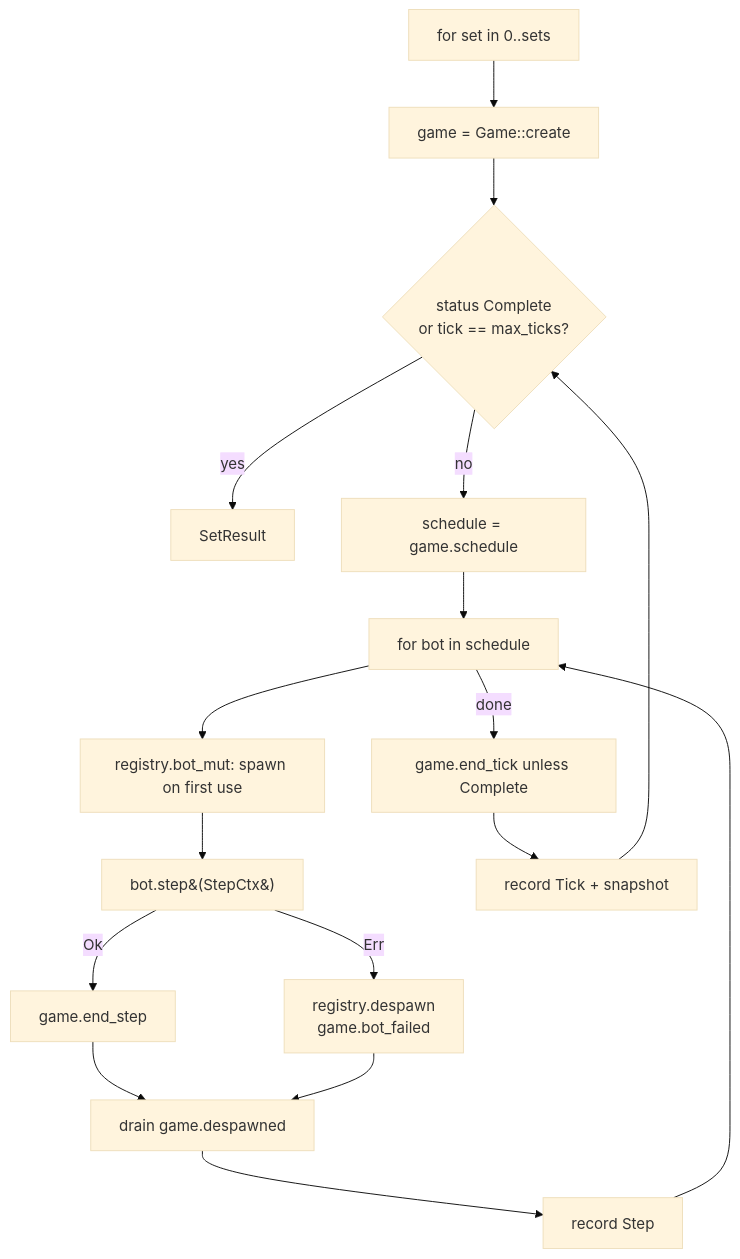
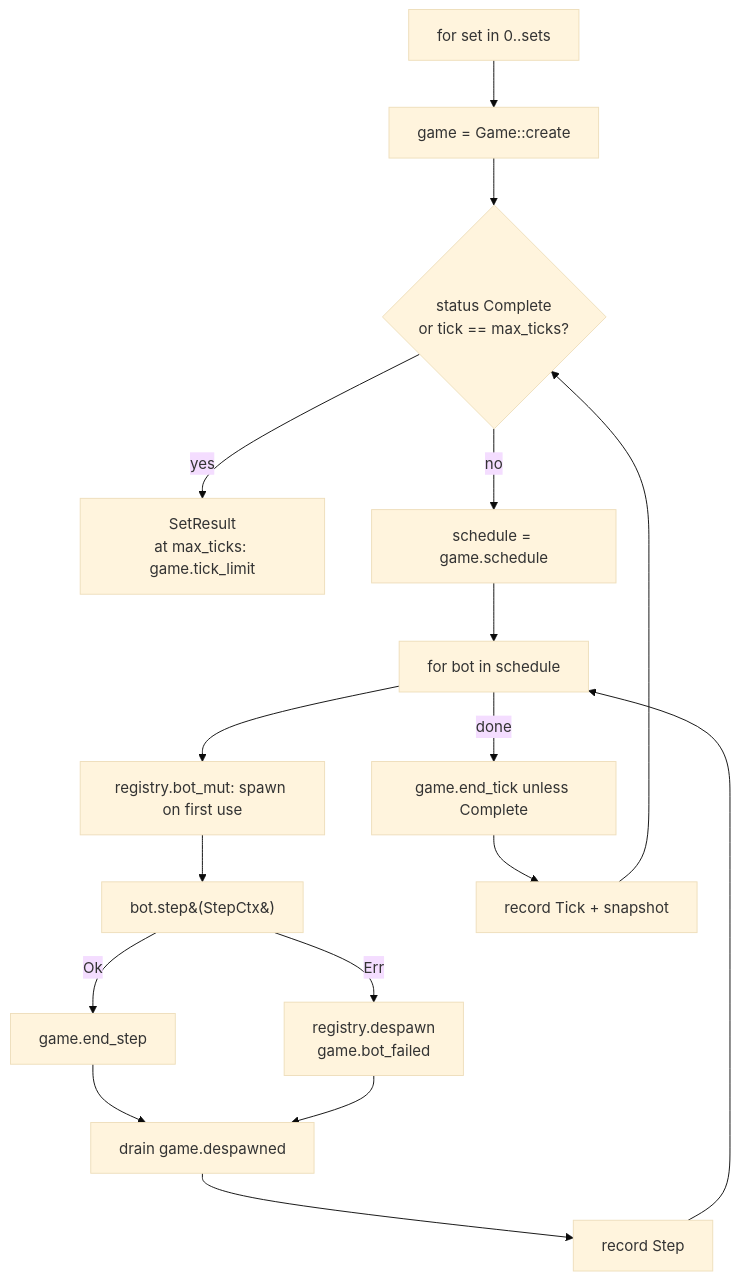
Before and after one commit to aheschl1/ucalgarybc2027: the second of 4 diagrams in docs/engine.md, drawn with Mermaid (base theme). The commit also changed other lines of this file and 4 other files, not shown here.

Commit message:
the game decides what happens on tick limit

````diff
--- a/docs/engine.md
+++ b/docs/engine.md
@@ -33,19 +33,19 @@
 ```mermaid
 flowchart TD
     A[for set in 0..sets] --> B[game = Game::create]
     B --> C{status Complete<br/>or tick == max_ticks?}
-    C -- yes --> Z[SetResult]
+    C -- yes --> Z[SetResult<br/>at max_ticks: game.tick_limit]
     C -- no --> D[schedule = game.schedule]
     D --> E[for bot in schedule]
     E --> G[registry.bot_mut: spawn on first use]
     G --> H[bot.step&#40;StepCtx&#41;]
     H -- Ok --> I[game.end_step]
     H -- Err --> J[registry.despawn<br/>game.bot_failed]
     I --> K[drain game.despawned]
     J --> K
     K --> L[record Step]
     L --> E
     E -- done --> M[game.end_tick unless Complete]
     M --> N[record Tick + snapshot]
     N --> C
 ```
````
